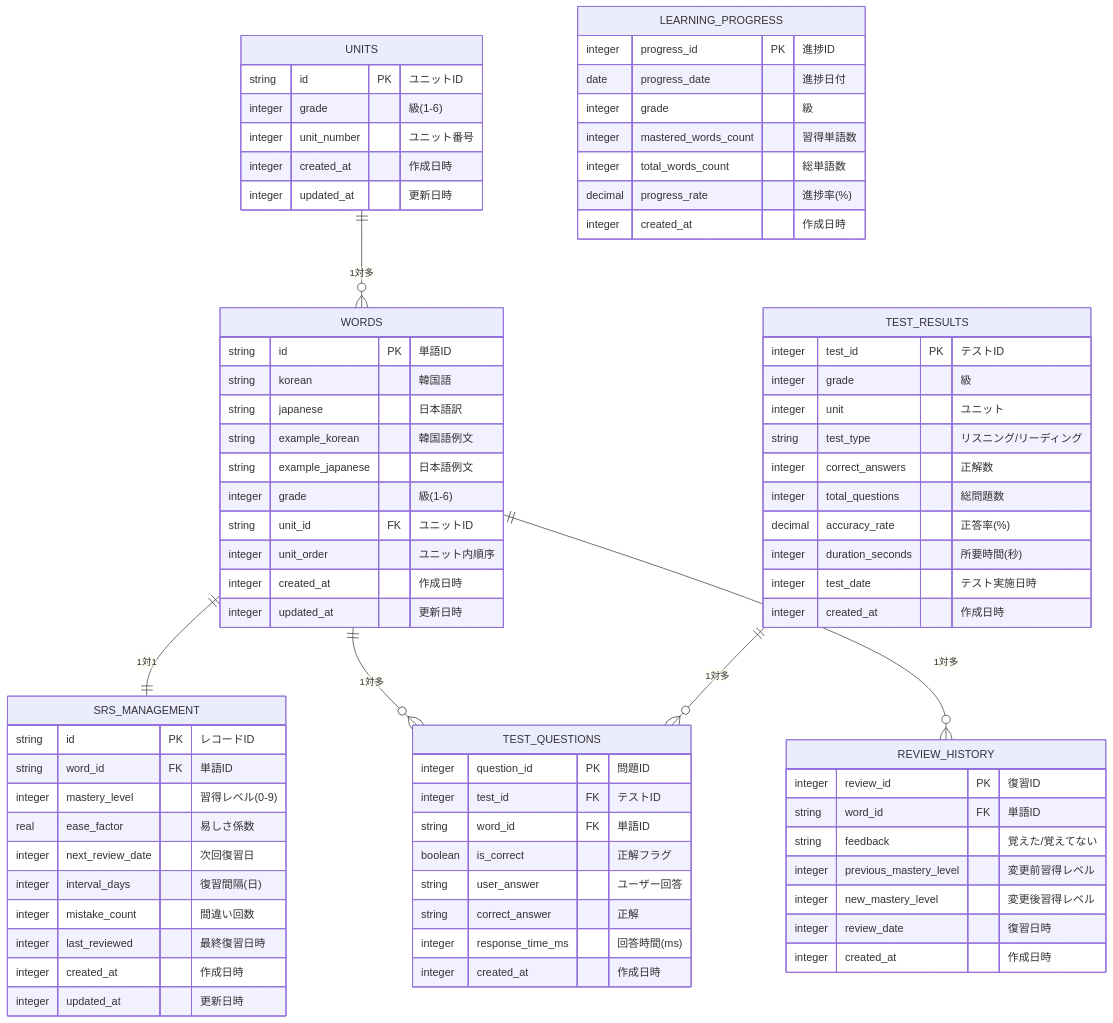
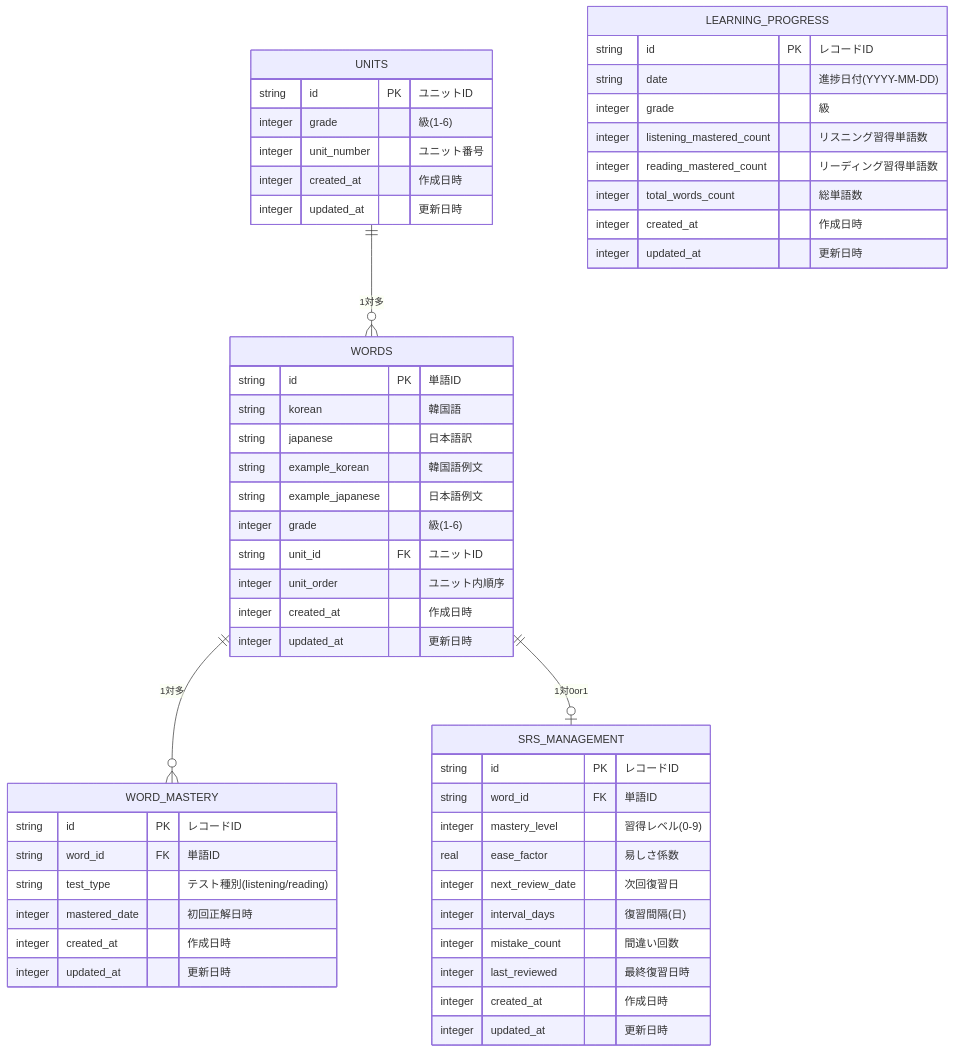
The diagram in docs/database-design.md (yuichkun/topik-dojo), drawn with Mermaid before and after one commit. The commit also changed other lines of this file and 1 other file, not shown here.

````diff
--- a/docs/database-design.md
+++ b/docs/database-design.md
@@ -88,8 +75,15 @@
         integer updated_at "更新日時"
     }
     
-    
-    
+    %% 語彙習得管理テーブル
+    WORD_MASTERY {
+        string id PK "レコードID"
+        string word_id FK "単語ID"
+        string test_type "テスト種別(listening/reading)"
+        integer mastered_date "初回正解日時"
+        integer created_at "作成日時"
+        integer updated_at "更新日時"
+    }
     
     %% SRS管理テーブル
     SRS_MANAGEMENT {
@@ -107,56 +101,18 @@
     
     %% 学習進捗テーブル
     LEARNING_PROGRESS {
-        integer progress_id PK "進捗ID"
-        date progress_date "進捗日付"
+        string id PK "レコードID"
+        string date "進捗日付(YYYY-MM-DD)"
         integer grade "級"
-        integer mastered_words_count "習得単語数"
+        integer listening_mastered_count "リスニング習得単語数"
+        integer reading_mastered_count "リーディング習得単語数"
         integer total_words_count "総単語数"
-        decimal progress_rate "進捗率(%)"
         integer created_at "作成日時"
-    }
-    
-    %% テスト結果テーブル
-    TEST_RESULTS {
-        integer test_id PK "テストID"
-        integer grade "級"
-        integer unit "ユニット"
-        string test_type "リスニング/リーディング"
-        integer correct_answers "正解数"
-        integer total_questions "総問題数"
-        decimal accuracy_rate "正答率(%)"
-        integer duration_seconds "所要時間(秒)"
-        integer test_date "テスト実施日時"
-        integer created_at "作成日時"
-    }
-    
-    %% テスト問題詳細テーブル
-    TEST_QUESTIONS {
-        integer question_id PK "問題ID"
-        integer test_id FK "テストID"
-        string word_id FK "単語ID"
-        boolean is_correct "正解フラグ"
-        string user_answer "ユーザー回答"
-        string correct_answer "正解"
-        integer response_time_ms "回答時間(ms)"
-        integer created_at "作成日時"
-    }
-    
-    %% 復習履歴テーブル
-    REVIEW_HISTORY {
-        integer review_id PK "復習ID"
-        string word_id FK "単語ID"
-        string feedback "覚えた/覚えてない"
-        integer previous_mastery_level "変更前習得レベル"
-        integer new_mastery_level "変更後習得レベル"
-        integer review_date "復習日時"
-        integer created_at "作成日時"
+        integer updated_at "更新日時"
     }
     
     %% リレーション
     UNITS ||--o{ WORDS : "1対多"
-    WORDS ||--|| SRS_MANAGEMENT : "1対1"
-    WORDS ||--o{ TEST_QUESTIONS : "1対多"
-    WORDS ||--o{ REVIEW_HISTORY : "1対多"
-    TEST_RESULTS ||--o{ TEST_QUESTIONS : "1対多"
+    WORDS ||--o{ WORD_MASTERY : "1対多"
+    WORDS ||--o| SRS_MANAGEMENT : "1対0or1"
 ```
````
